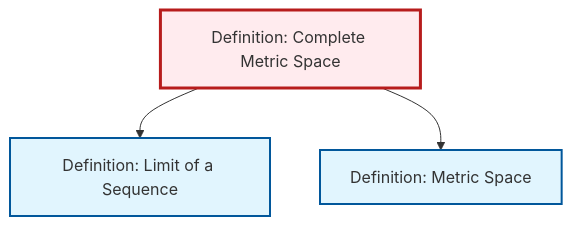
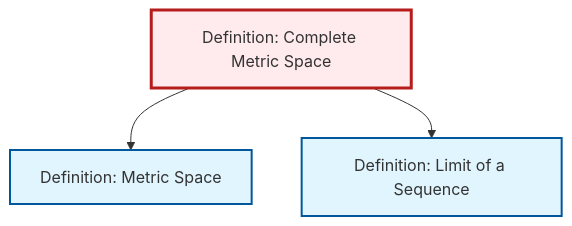
Before and after one commit to RK0429/ModernMath: the diagram in output/mermaid/def-complete-metric-space.mermaid, drawn with Mermaid. The commit also changed other lines of this file and 497 other files, not shown here.

```diff
--- a/output/mermaid/def-complete-metric-space.mermaid
+++ b/output/mermaid/def-complete-metric-space.mermaid
@@ -1,13 +1,13 @@
 %%| fig-cap: "Local dependency graph"
 graph TD
     classDef definition fill:#e1f5fe,stroke:#01579b,stroke-width:2px
     classDef theorem fill:#f3e5f5,stroke:#4a148c,stroke-width:2px
     classDef axiom fill:#fff3e0,stroke:#e65100,stroke-width:2px
     classDef example fill:#e8f5e9,stroke:#1b5e20,stroke-width:2px
     classDef current fill:#ffebee,stroke:#b71c1c,stroke-width:3px
-    def-limit["Definition: Limit of a Sequence"]:::definition
     def-metric-space["Definition: Metric Space"]:::definition
     def-complete-metric-space["Definition: Complete Metric Space"]:::definition
+    def-limit["Definition: Limit of a Sequence"]:::definition
+    def-complete-metric-space --> def-metric-space
     def-complete-metric-space --> def-limit
-    def-complete-metric-space --> def-metric-space
     class def-complete-metric-space current
```
